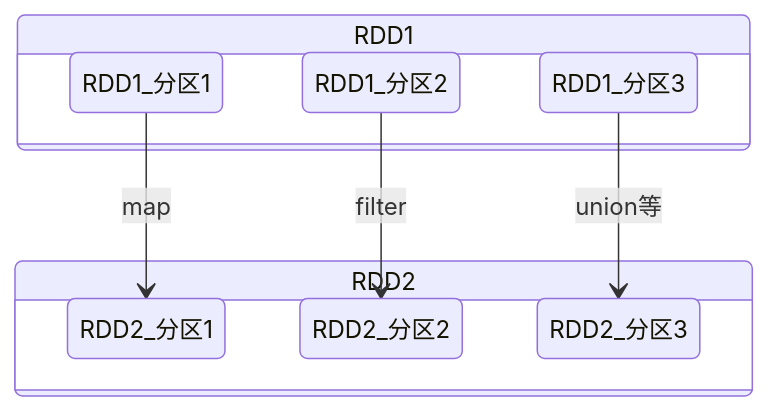
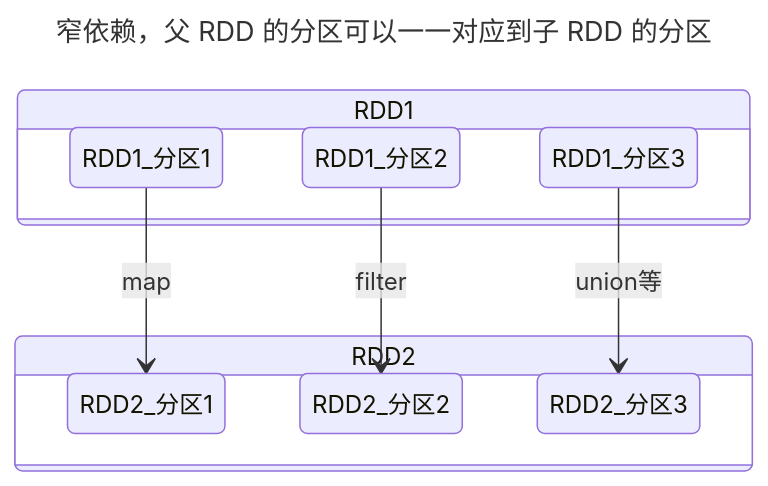
The tenth of 17 diagrams in doc/数据技术/数据处理.md (0xcaffebabe/note), drawn with Mermaid before and after one commit. The commit also changed other lines of this file, not shown here.

````diff
--- a/doc/数据技术/数据处理.md
+++ b/doc/数据技术/数据处理.md
@@ -349,16 +353,19 @@
 ```mermaid
+---
+title: 窄依赖，父 RDD 的分区可以一一对应到子 RDD 的分区
+---
 stateDiagram-v2
   state RDD1 {
     RDD1_分区1
     RDD1_分区2
     RDD1_分区3
   }
   state RDD2 {
     RDD2_分区1
     RDD2_分区2
     RDD2_分区3
   }
   RDD1_分区1 --> RDD2_分区1: map
   RDD1_分区2 --> RDD2_分区2: filter
   RDD1_分区3 --> RDD2_分区3: union等
 ```
````
